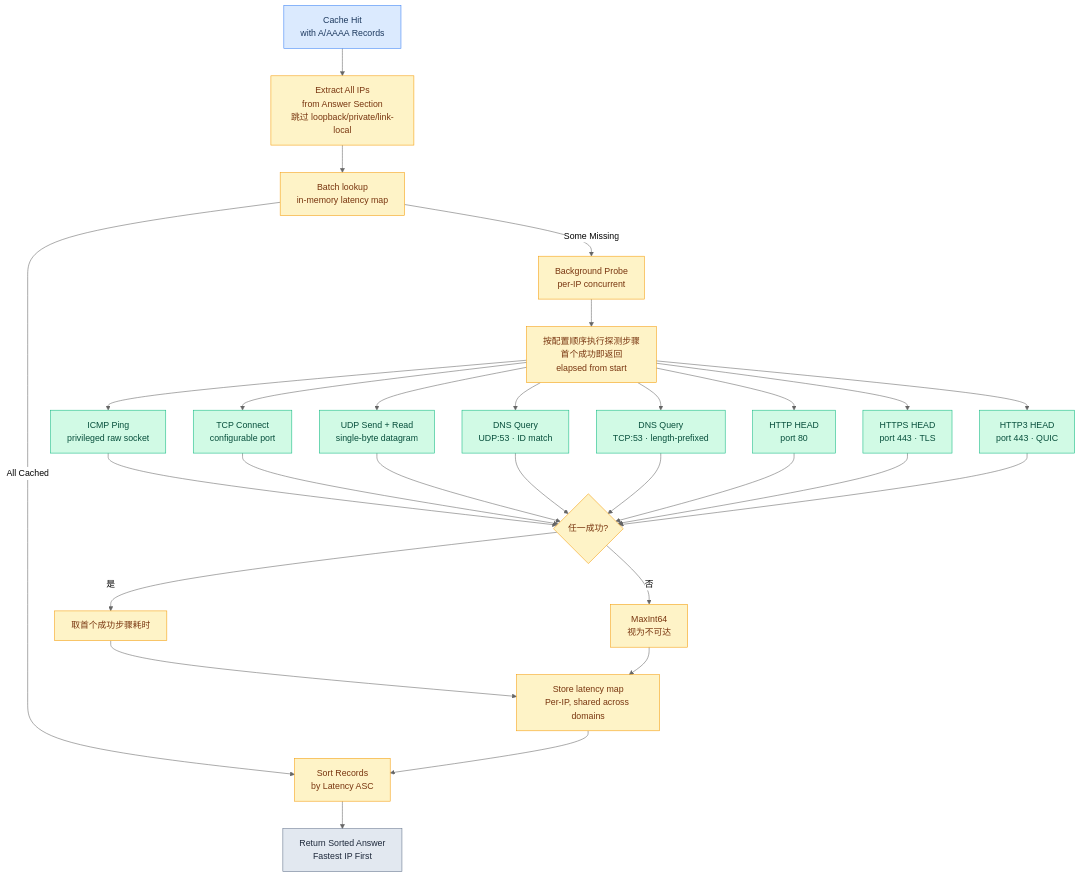
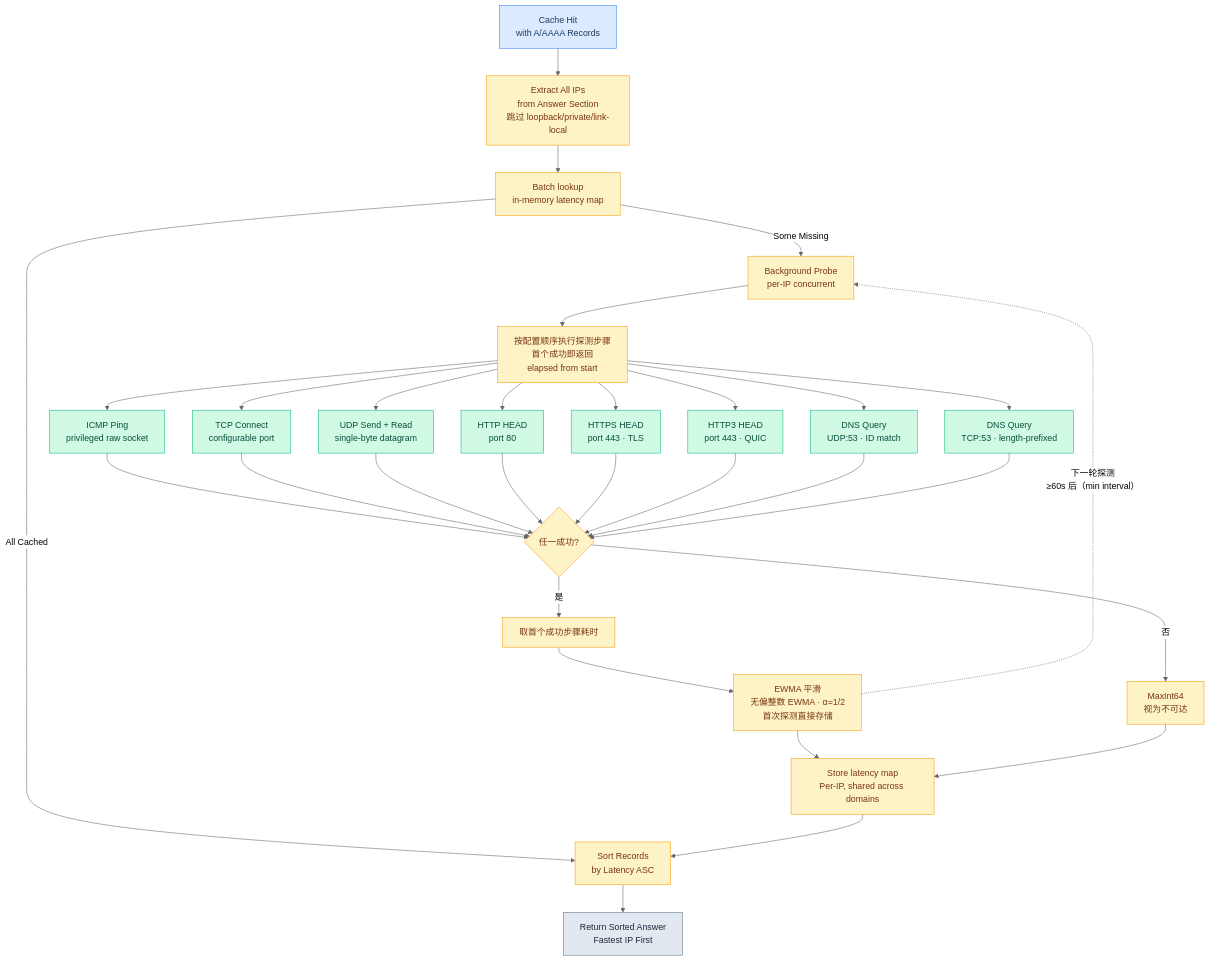
Before and after one commit to hezhijie0327/ZJDNS: diagram 25 of 31 in docs/FLOWCHARTS.md, drawn with Mermaid (neutral theme). The commit also changed other lines of this file and 5 other files, not shown here.

First line of the commit message:
feat: EWMA SRTT smoothing for latency measurements (α=1/2)

````diff
--- a/docs/FLOWCHARTS.md
+++ b/docs/FLOWCHARTS.md
@@ -706,41 +706,43 @@
 ```mermaid
 graph TD
     QUERY[Cache Hit<br/>with A/AAAA Records] --> EXTRACT[Extract All IPs<br/>from Answer Section<br/>跳过 loopback/private/link-local]
     EXTRACT --> BATCH[Batch lookup<br/>in-memory latency map]
     BATCH -->|All Cached| SORT[Sort Records<br/>by Latency ASC]
     BATCH -->|Some Missing| PROBE[Background Probe<br/>per-IP concurrent]
 
     PROBE --> STEPS[按配置顺序执行探测步骤<br/>首个成功即返回<br/>elapsed from start]
     STEPS --> ICMP[ICMP Ping<br/>privileged raw socket]
     STEPS --> TCP[TCP Connect<br/>configurable port]
     STEPS --> UDP[UDP Send + Read<br/>single-byte datagram]
-    STEPS --> DNS[DNS Query<br/>UDP:53 · ID match]
-    STEPS --> DNSTCP[DNS Query<br/>TCP:53 · length-prefixed]
     STEPS --> HTTP[HTTP HEAD<br/>port 80]
     STEPS --> HTTPS[HTTPS HEAD<br/>port 443 · TLS]
     STEPS --> HTTP3[HTTP3 HEAD<br/>port 443 · QUIC]
+    STEPS --> DNS[DNS Query<br/>UDP:53 · ID match]
+    STEPS --> DNSTCP[DNS Query<br/>TCP:53 · length-prefixed]
 
     ICMP --> SUCC{任一成功?}
     TCP --> SUCC
     UDP --> SUCC
-    DNS --> SUCC
-    DNSTCP --> SUCC
     HTTP --> SUCC
     HTTPS --> SUCC
     HTTP3 --> SUCC
+    DNS --> SUCC
+    DNSTCP --> SUCC
     SUCC -->|是| LAT[取首个成功步骤耗时]
     SUCC -->|否| MAX[MaxInt64<br/>视为不可达]
-    LAT --> STORE[Store latency map<br/>Per-IP, shared across domains]
+    LAT --> SMOOTH[EWMA 平滑<br/>无偏整数 EWMA · α=1/2<br/>首次探测直接存储]
+    SMOOTH --> STORE[Store latency map<br/>Per-IP, shared across domains]
     MAX --> STORE
     STORE --> SORT
+    SMOOTH -.->|下一轮探测<br/>≥60s 后（min interval）| PROBE
 
     SORT --> RETURN[Return Sorted Answer<br/>Fastest IP First]
     classDef start fill:#dbeafe,stroke:#3b82f6,color:#1e3a5f
     classDef proc fill:#fef3c7,stroke:#f59e0b,color:#78350f
     classDef proto fill:#d1fae5,stroke:#10b981,color:#064e3b
     classDef out fill:#e2e8f0,stroke:#64748b,color:#1e293b
     class QUERY start
-    class EXTRACT,BATCH,PROBE,STEPS,SUCC,LAT,MAX,STORE,SORT proc
+    class EXTRACT,BATCH,PROBE,STEPS,SUCC,LAT,MAX,SMOOTH,STORE,SORT proc
     class ICMP,TCP,UDP,DNS,DNSTCP,HTTP,HTTPS,HTTP3 proto
     class RETURN out
 ```
````
